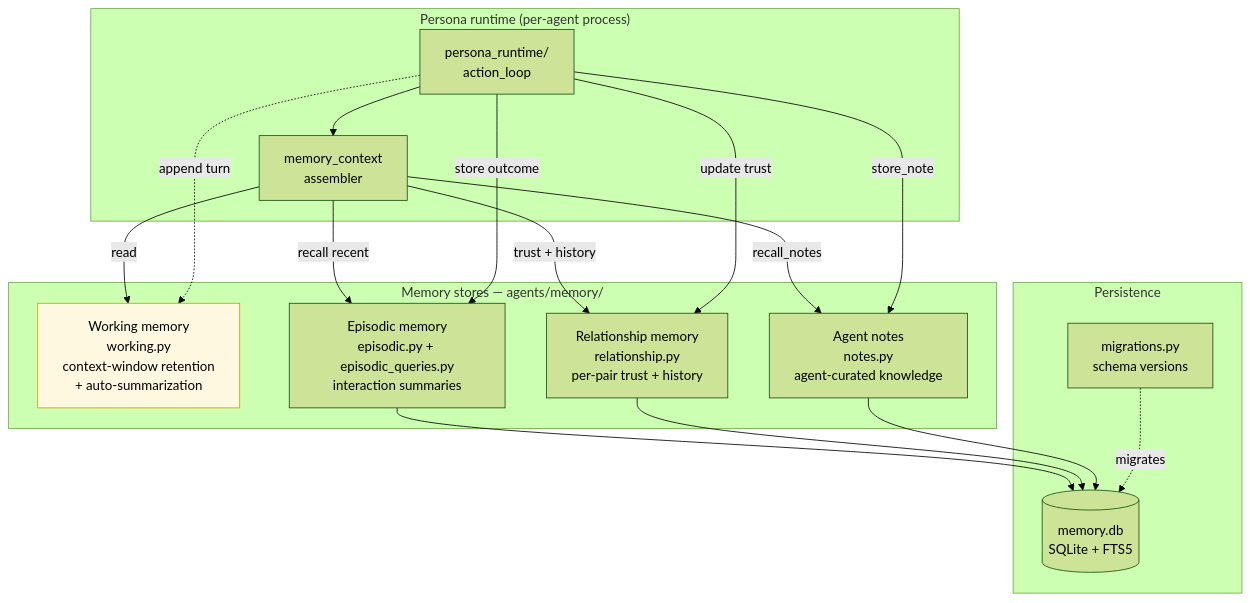
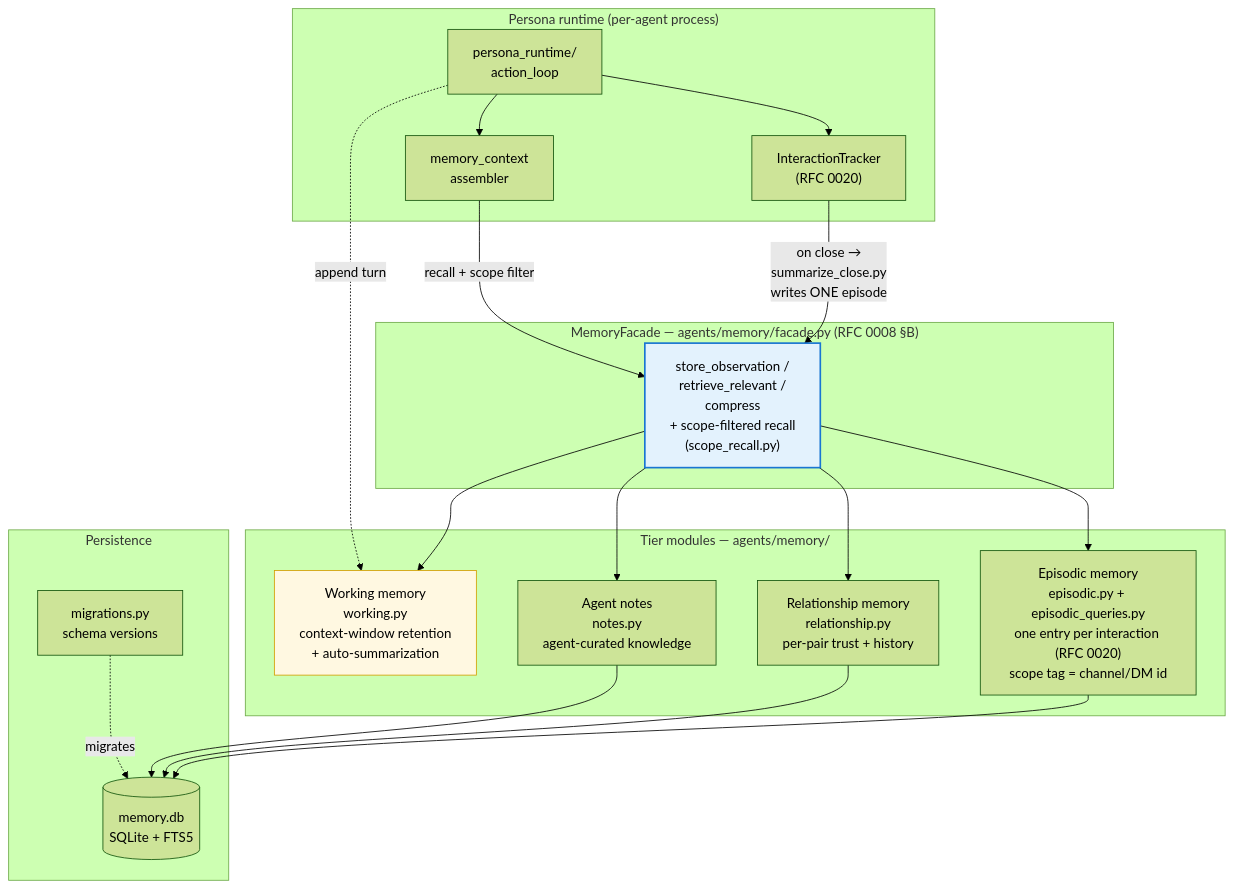
The diagram in docs/diagrams/memory-architecture.md (mkhomutov/Persatrix), drawn with Mermaid (forest theme) before and after one commit. The commit also changed other lines of this file and 8 other files, not shown here.

````diff
--- a/docs/diagrams/memory-architecture.md
+++ b/docs/diagrams/memory-architecture.md
@@ -7,38 +17,45 @@
 ```mermaid
 graph TB
     subgraph Runtime["Persona runtime (per-agent process)"]
         PR["persona_runtime/<br/>action_loop"]
         CTX["memory_context<br/>assembler"]
+        ITX["InteractionTracker<br/>(RFC 0020)"]
     end
 
-    subgraph Stores["Memory stores — agents/memory/"]
+    subgraph Facade["MemoryFacade — agents/memory/facade.py (RFC 0008 §B)"]
+        F["store_observation /<br/>retrieve_relevant /<br/>compress<br/>+ scope-filtered recall<br/>(scope_recall.py)"]
+    end
+
+    subgraph Stores["Tier modules — agents/memory/"]
         W["Working memory<br/>working.py<br/>context-window retention<br/>+ auto-summarization"]
-        E["Episodic memory<br/>episodic.py + episodic_queries.py<br/>interaction summaries"]
+        E["Episodic memory<br/>episodic.py + episodic_queries.py<br/>one entry per interaction (RFC 0020)<br/>scope tag = channel/DM id"]
         R["Relationship memory<br/>relationship.py<br/>per-pair trust + history"]
         N["Agent notes<br/>notes.py<br/>agent-curated knowledge"]
     end
 
     subgraph Persistence["Persistence"]
         DB[(memory.db<br/>SQLite + FTS5)]
         MIG["migrations.py<br/>schema versions"]
     end
 
     PR --> CTX
-    CTX -->|read| W
-    CTX -->|recall recent| E
-    CTX -->|trust + history| R
-    CTX -->|recall_notes| N
+    PR --> ITX
+    ITX -->|on close →<br/>summarize_close.py<br/>writes ONE episode| F
+    CTX -->|recall + scope filter| F
+    F --> W
+    F --> E
+    F --> R
+    F --> N
 
-    PR -->|store outcome| E
-    PR -->|update trust| R
-    PR -->|store_note| N
     PR -.->|append turn| W
 
     E --> DB
     R --> DB
     N --> DB
     MIG -.migrates.-> DB
 
     classDef volatile fill:#fff8e1,stroke:#d39e00
+    classDef facade fill:#e3f2fd,stroke:#1976d2,stroke-width:2px
     class W volatile
+    class F facade
 ```
````
